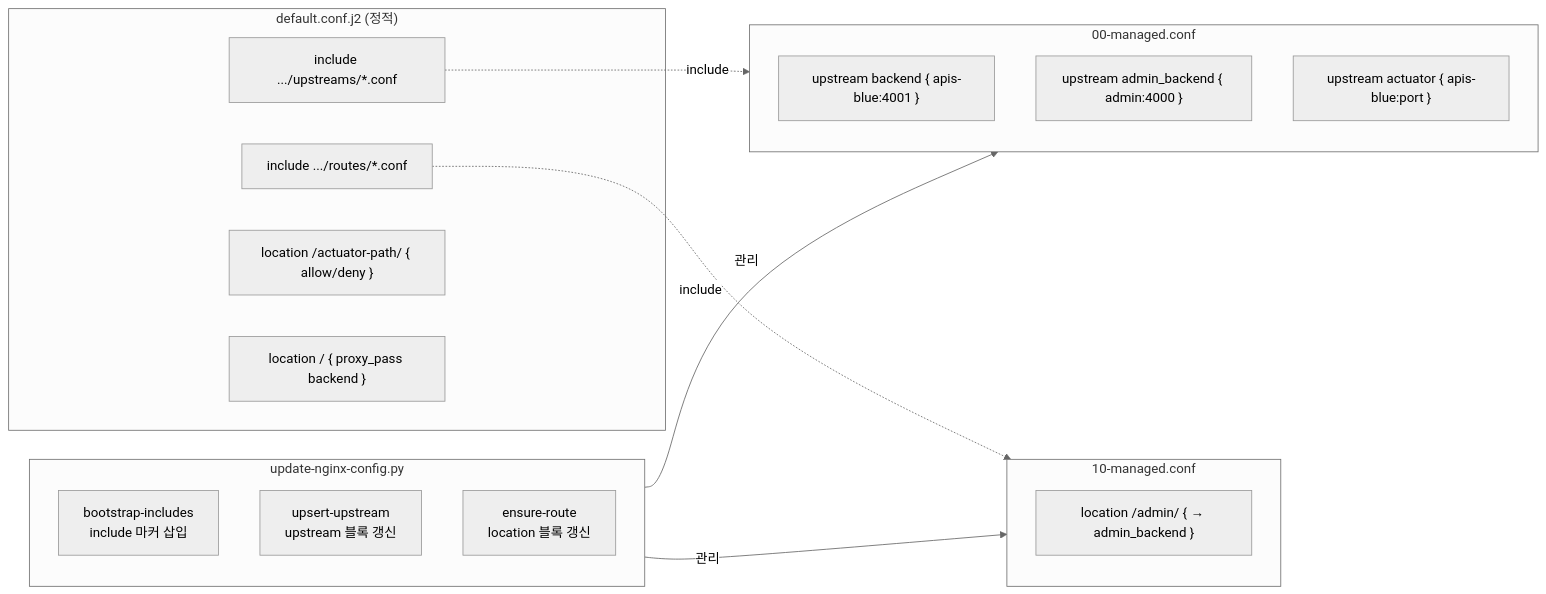
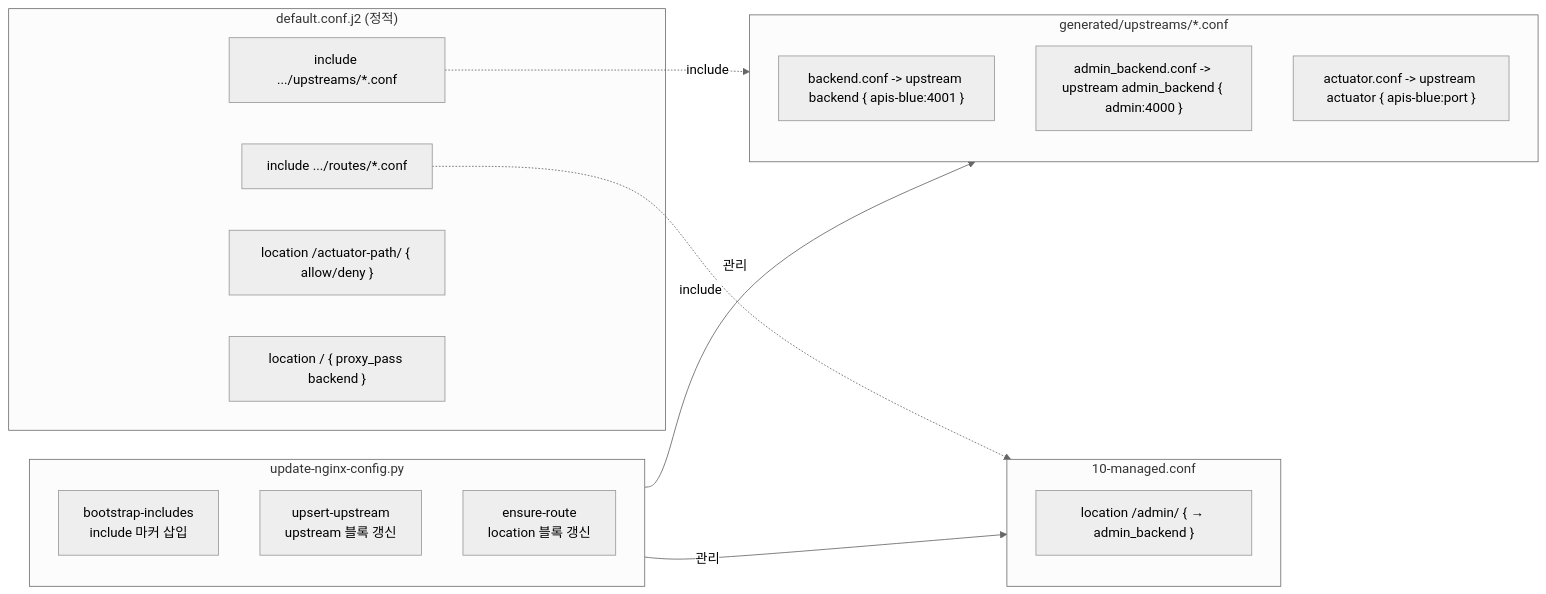
Before and after one commit to TEAM-BEAT/BEAT-SERVER: the ninth of 10 diagrams in infra/README.md, drawn with Mermaid (neutral theme). The commit also changed other lines of this file and 6 other files, not shown here.

````diff
--- a/infra/README.md
+++ b/infra/README.md
@@ -490,30 +490,30 @@
 ```mermaid
 flowchart LR
     subgraph Template["default.conf.j2 (정적)"]
         UI["include .../upstreams/*.conf"]
         RI["include .../routes/*.conf"]
         Act["location /actuator-path/ { allow/deny }"]
         Root["location / { proxy_pass backend }"]
     end
 
-    subgraph Upstreams["00-managed.conf"]
-        B["upstream backend { apis-blue:4001 }"]
-        AB["upstream admin_backend { admin:4000 }"]
-        AC["upstream actuator { apis-blue:port }"]
+    subgraph Upstreams["generated/upstreams/*.conf"]
+        B["backend.conf -> upstream backend { apis-blue:4001 }"]
+        AB["admin_backend.conf -> upstream admin_backend { admin:4000 }"]
+        AC["actuator.conf -> upstream actuator { apis-blue:port }"]
     end
 
     subgraph Routes["10-managed.conf"]
         AR["location /admin/ { → admin_backend }"]
     end
 
     UI -.->|"include"| Upstreams
     RI -.->|"include"| Routes
 
     subgraph Tool["update-nginx-config.py"]
         BS["bootstrap-includes<br/>include 마커 삽입"]
         UU["upsert-upstream<br/>upstream 블록 갱신"]
         ER["ensure-route<br/>location 블록 갱신"]
     end
 
     Tool -->|"관리"| Upstreams & Routes
 ```
````
